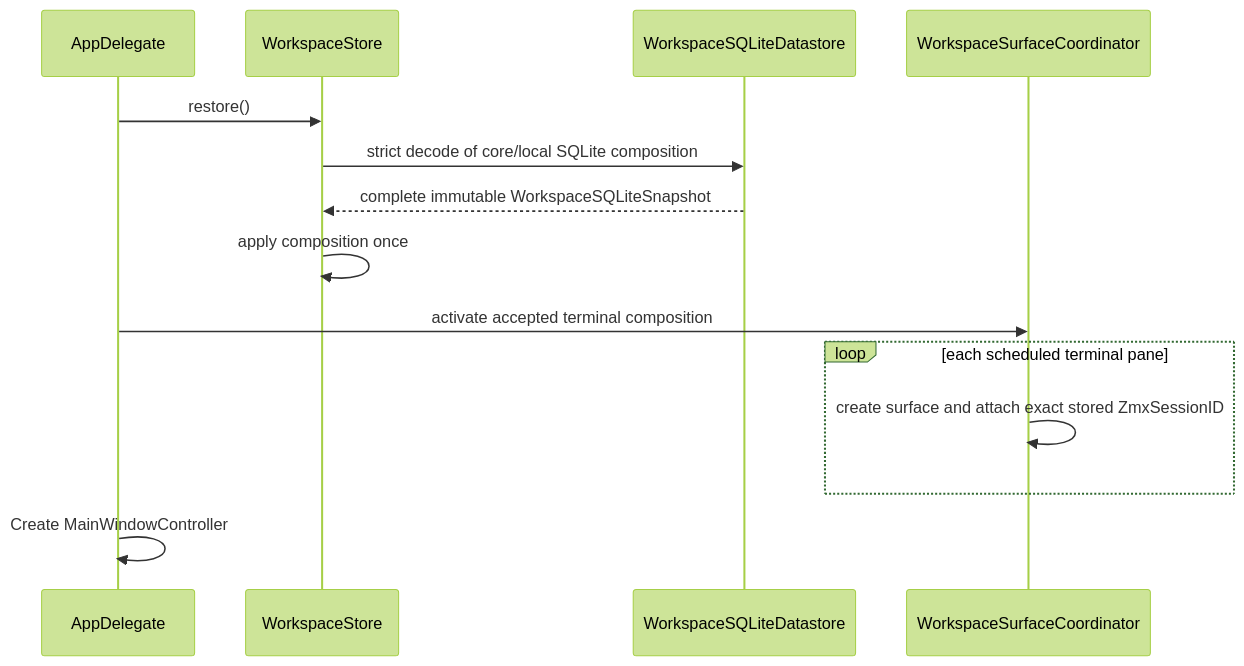
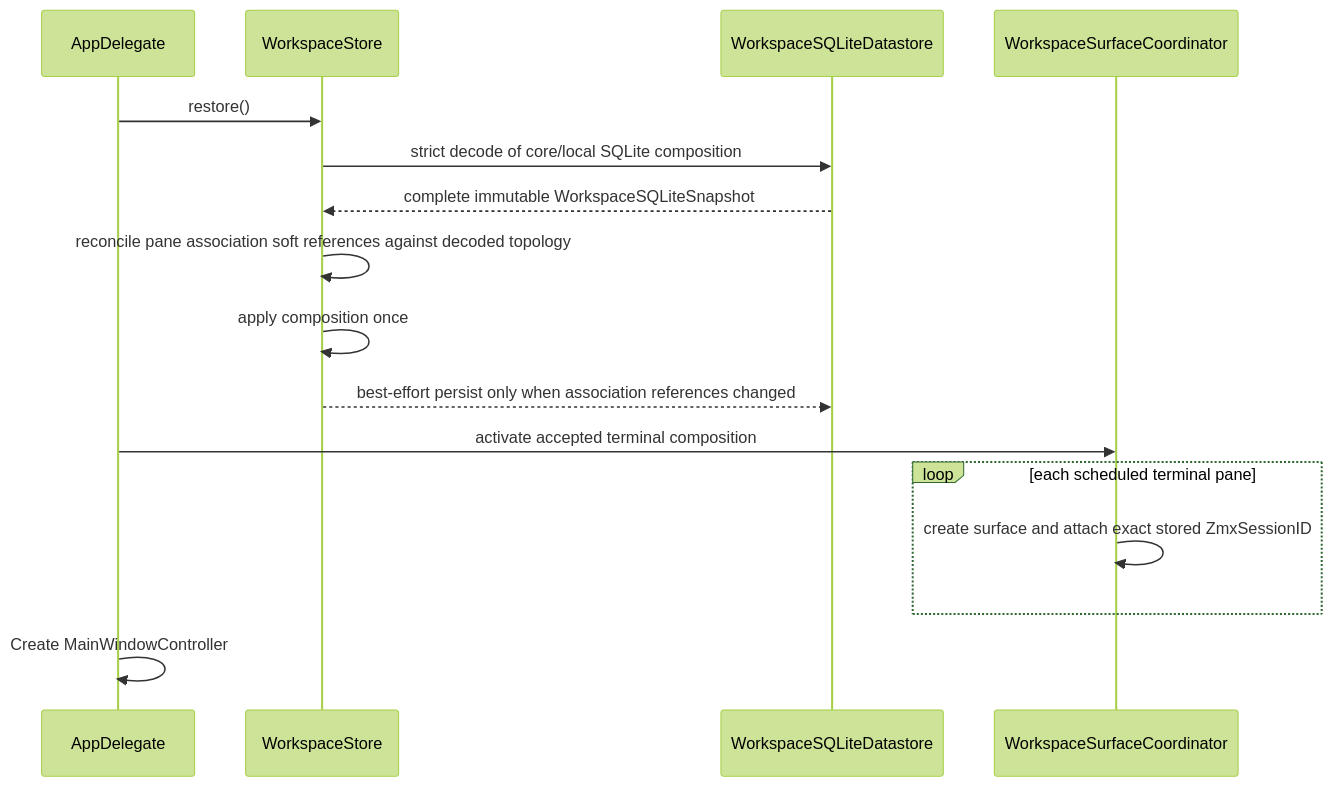
One commit to ShravanSunder/agentstudio changed the fourth of 5 diagrams in docs/architecture/session_lifecycle.md. Above: the diagram before and after it, drawn with Mermaid (forest theme). The commit also changed other lines of this file and 7 other files, not shown here.

Commit message:
feat: reconcile pane associations with topology

````diff
--- a/docs/architecture/session_lifecycle.md
+++ b/docs/architecture/session_lifecycle.md
@@ -283,19 +284,21 @@
 ```mermaid
 sequenceDiagram
     participant AD as AppDelegate
     participant Store as WorkspaceStore
     participant DB as WorkspaceSQLiteDatastore
     participant Coord as WorkspaceSurfaceCoordinator
 
     AD->>Store: restore()
     Store->>DB: strict decode of core/local SQLite composition
     DB-->>Store: complete immutable WorkspaceSQLiteSnapshot
+    Store->>Store: reconcile pane association soft references against decoded topology
     Store->>Store: apply composition once
+    Store-->>DB: best-effort persist only when association references changed
 
     AD->>Coord: activate accepted terminal composition
     loop each scheduled terminal pane
         Coord->>Coord: create surface and attach exact stored ZmxSessionID
     end
 
     AD->>AD: Create MainWindowController
 ```
````
